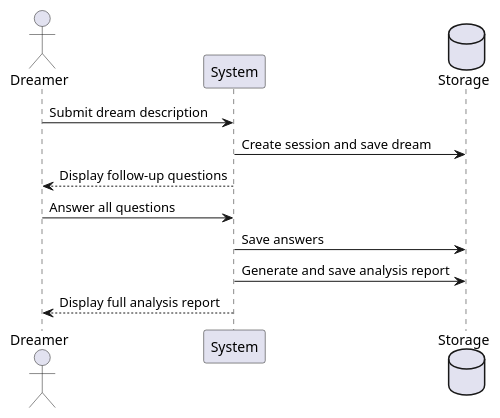
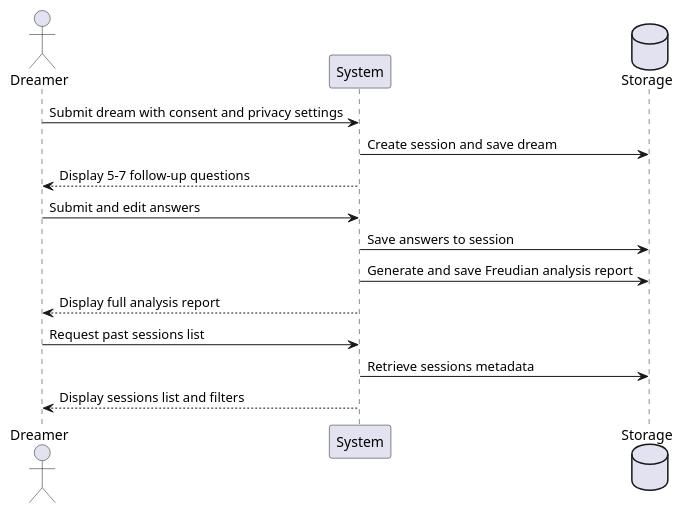
Before and after one commit to wenda-qi24/dts114CW: the diagram in artifacts/diagrams/sequence_diagram.puml, drawn with PlantUML. The commit also changed other lines of this file and 12 other files, not shown here.

```diff
--- a/artifacts/diagrams/sequence_diagram.puml
+++ b/artifacts/diagrams/sequence_diagram.puml
@@ -2,14 +1,16 @@
 @startuml
 actor Dreamer
 participant "System" as System
 database Storage
 
-Dreamer -> System: Submit dream description
+Dreamer -> System: Submit dream with consent and privacy settings
 System -> Storage: Create session and save dream
-System --> Dreamer: Display follow-up questions
-Dreamer -> System: Answer all questions
-System -> Storage: Save answers
-System -> Storage: Generate and save analysis report
+System --> Dreamer: Display 5-7 follow-up questions
+Dreamer -> System: Submit and edit answers
+System -> Storage: Save answers to session
+System -> Storage: Generate and save Freudian analysis report
 System --> Dreamer: Display full analysis report
-
+Dreamer -> System: Request past sessions list
+System -> Storage: Retrieve sessions metadata
+System --> Dreamer: Display sessions list and filters
 @enduml
```
